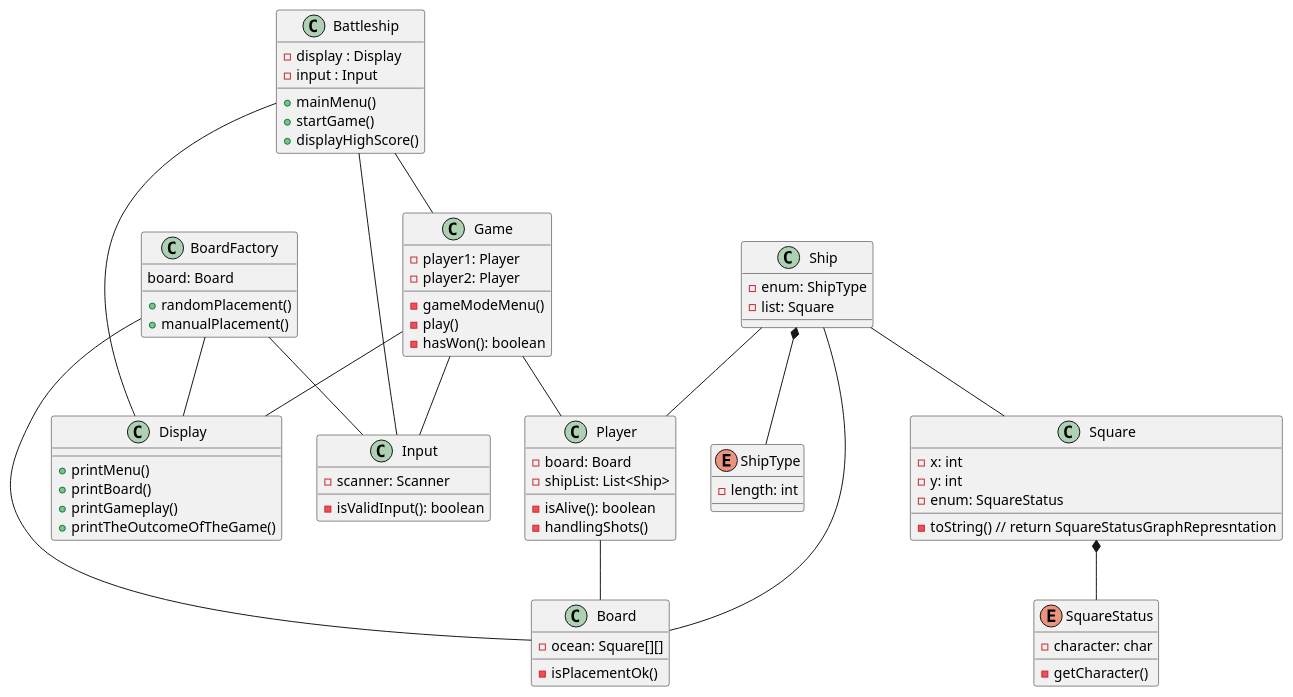
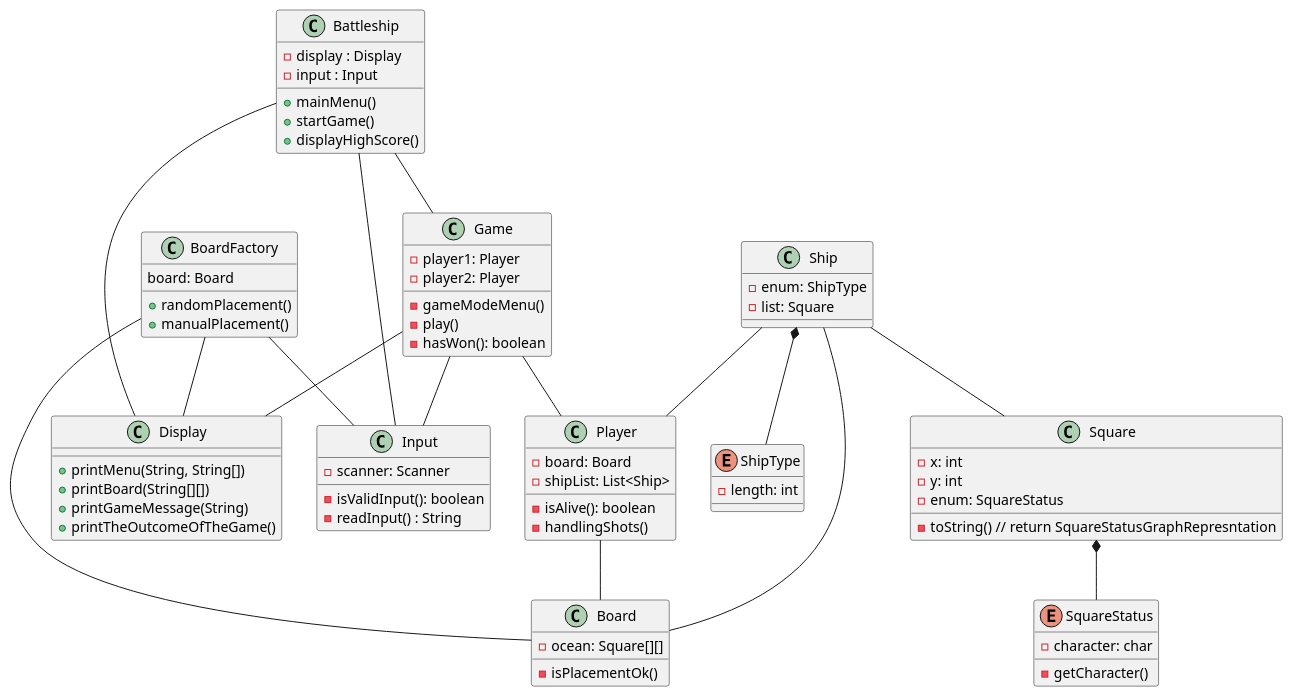
Before and after one commit to TheRealCoon/battleship-oop: the diagram in BattleShip.puml, drawn with PlantUML. The commit also changed 3 other files, not shown here.

Commit message:
added Input, modified Display, fixed typo in Battleship, updated uml

```diff
--- a/BattleShip.puml
+++ b/BattleShip.puml
@@ -1,84 +1,85 @@
 @startuml
 
 Battleship -- Display
 Battleship -- Input
 Battleship -- Game
 class Battleship{
 - display : Display
 - input : Input
 + mainMenu()
 + startGame()
 + displayHighScore()
 }
 
 class Display{
-+ printMenu()
-+ printBoard()
-+ printGameplay()
++ printMenu(String, String[])
++ printBoard(String[][])
++ printGameMessage(String)
 + printTheOutcomeOfTheGame()
 }
 
 class Input{
 - scanner: Scanner
 - isValidInput(): boolean
+- readInput() : String
 }
 
 Game -- Input
 Game -- Display
 Game -- Player
 class Game{
 - player1: Player
 - player2: Player
 - gameModeMenu()
 - play()
 - hasWon(): boolean
 }
 Player -- Board
 class Player{
 - board: Board
 - shipList: List<Ship>
 - isAlive(): boolean
 - handlingShots()
 }
 
 BoardFactory -- Board
 BoardFactory -- Input
 BoardFactory -- Display
 class BoardFactory{
 board: Board
 + randomPlacement()
 + manualPlacement()
 }
 
 class Board{
 - ocean: Square[][]
 - isPlacementOk()
 }
 
 Ship -- Player
 Ship -- Board
 Ship -- Square
 Ship *-- ShipType
 class Ship{
 - enum: ShipType
 - list: Square
 }
 
 enum ShipType{
 - length: int
 }
 Square *-- SquareStatus
 class Square{
 - x: int
 - y: int
 - enum: SquareStatus
 - toString() // return SquareStatusGraphRepresntation
 }
 
 enum SquareStatus{
 - character: char
 - getCharacter()
 }
 
 
 @enduml
```
